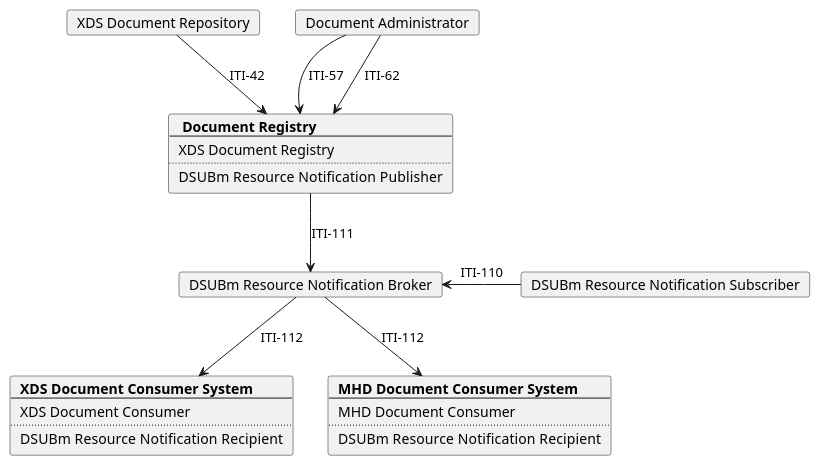
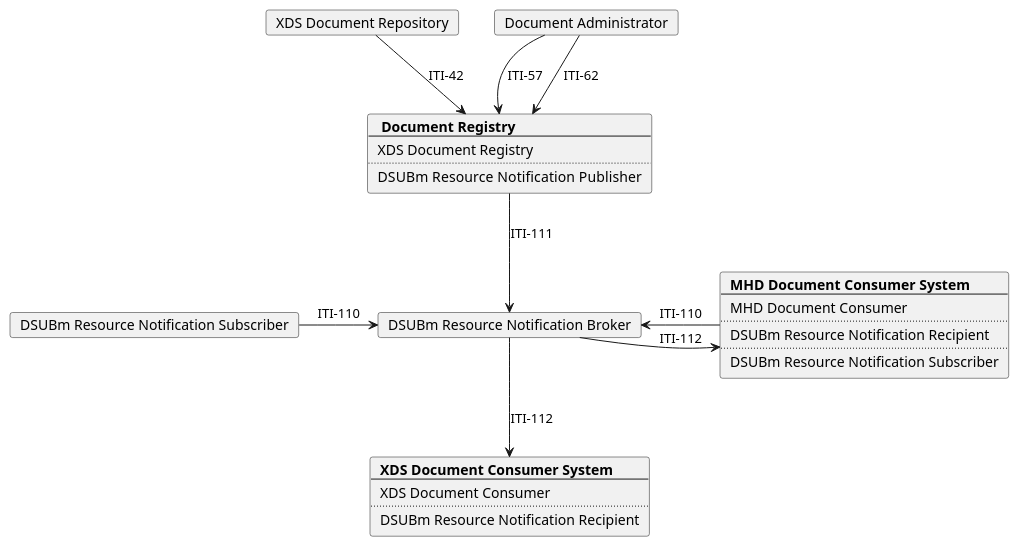
The diagram in input/images-source/model_MHD.plantuml (IHE/ITI.DSUBm), drawn with PlantUML before and after one commit. The commit also changed 3 other files, not shown here.

```diff
--- a/input/images-source/model_MHD.plantuml
+++ b/input/images-source/model_MHD.plantuml
@@ -1,60 +1,65 @@
 @startuml
 skinparam svgDimensionStyle false
 skinparam componentStyle rectangle
 
+
+
 hide footbox
-/' title "DSUBm grouped with MHD" '/
+/' title "DSUBm grouped with MHD grouping 1" '/
 
 
 card "XDS Document Repository" as XDS_Repo 
 card "Document Administrator" as DOC_Administrator
 card  Registry [
   <b> Document Registry
   ----
   XDS Document Registry 
   ....
   DSUBm Resource Notification  Publisher
 ]
 card "DSUBm Resource Notification Broker" as DSUBm_Broker
 card "DSUBm Resource Notification Subscriber" as DSUBm_Subscriber
 
 
 card  Consumer_XDS[
   <b>XDS Document Consumer System
   ----
   XDS Document Consumer
   ....
-  DSUBm Resource Notification  Recipient
+  DSUBm Resource Notification Recipient
 ]
 
 card  Consumer_MHD[
   <b>MHD Document Consumer System
   ----
   MHD Document Consumer
   ....
-  DSUBm Resource Notification  Recipient
+  DSUBm Resource Notification Recipient
+  ....
+  DSUBm Resource Notification Subscriber
 ]
 
 
 DOC_Administrator --> Registry: ITI-57
 DOC_Administrator --> Registry: ITI-62
 
 XDS_Repo -d-> Registry: ITI-42
 Registry -d-> DSUBm_Broker: ITI-111
-DSUBm_Subscriber -l-> DSUBm_Broker: ITI-110
-DSUBm_Broker --> Consumer_MHD: ITI-112
+Consumer_MHD -l-> DSUBm_Broker: ITI-110
+DSUBm_Subscriber -r-> DSUBm_Broker: ITI-110
+DSUBm_Broker -r-> Consumer_MHD: ITI-112
 DSUBm_Broker --> Consumer_XDS: ITI-112
 /'
 card  ConsumerInterface [
   <b> MHD to XDS Consumer Interface
   ----
   MHD Document Recipient
   ....
   XDS Document Consumer 
 ]
 Consumer -u-> ConsumerInterface: ITI-68
-ConsumerInterface -l-> XDS_Repo: ITI-43
+ConsumerInterface --> XDS_Repo: ITI-43
 ConsumerInterface --> Registry: ITI-18
 '/
 
 @enduml
```
